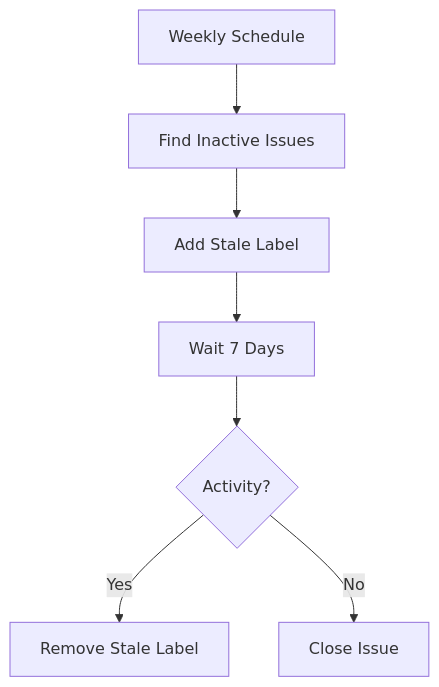
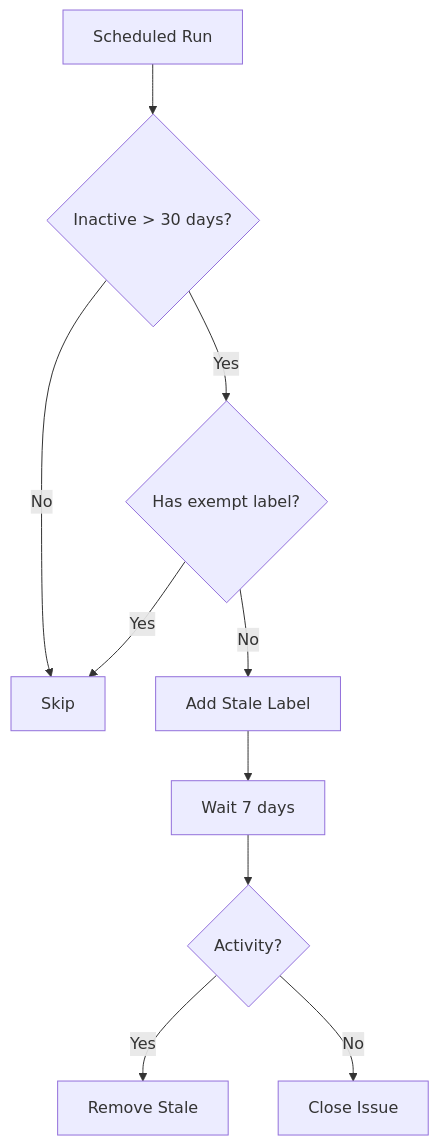
Before and after one commit to ambient-code/reference: the diagram in docs/patterns/stale-issues.md, drawn with Mermaid. The commit also changed other lines of this file and 8 other files, not shown here.

````diff
--- a/docs/patterns/stale-issues.md
+++ b/docs/patterns/stale-issues.md
@@ -23,9 +41,12 @@
 ```mermaid
 flowchart TD
-    A[Weekly Schedule] --> B[Find Inactive Issues]
-    B --> C[Add Stale Label]
-    C --> D[Wait 7 Days]
-    D --> E{Activity?}
-    E -->|Yes| F[Remove Stale Label]
-    E -->|No| G[Close Issue]
+    A[Scheduled Run] --> B{Inactive > 30 days?}
+    B -->|No| C[Skip]
+    B -->|Yes| D{Has exempt label?}
+    D -->|Yes| C
+    D -->|No| E[Add Stale Label]
+    E --> F[Wait 7 days]
+    F --> G{Activity?}
+    G -->|Yes| H[Remove Stale]
+    G -->|No| I[Close Issue]
 ```
````
